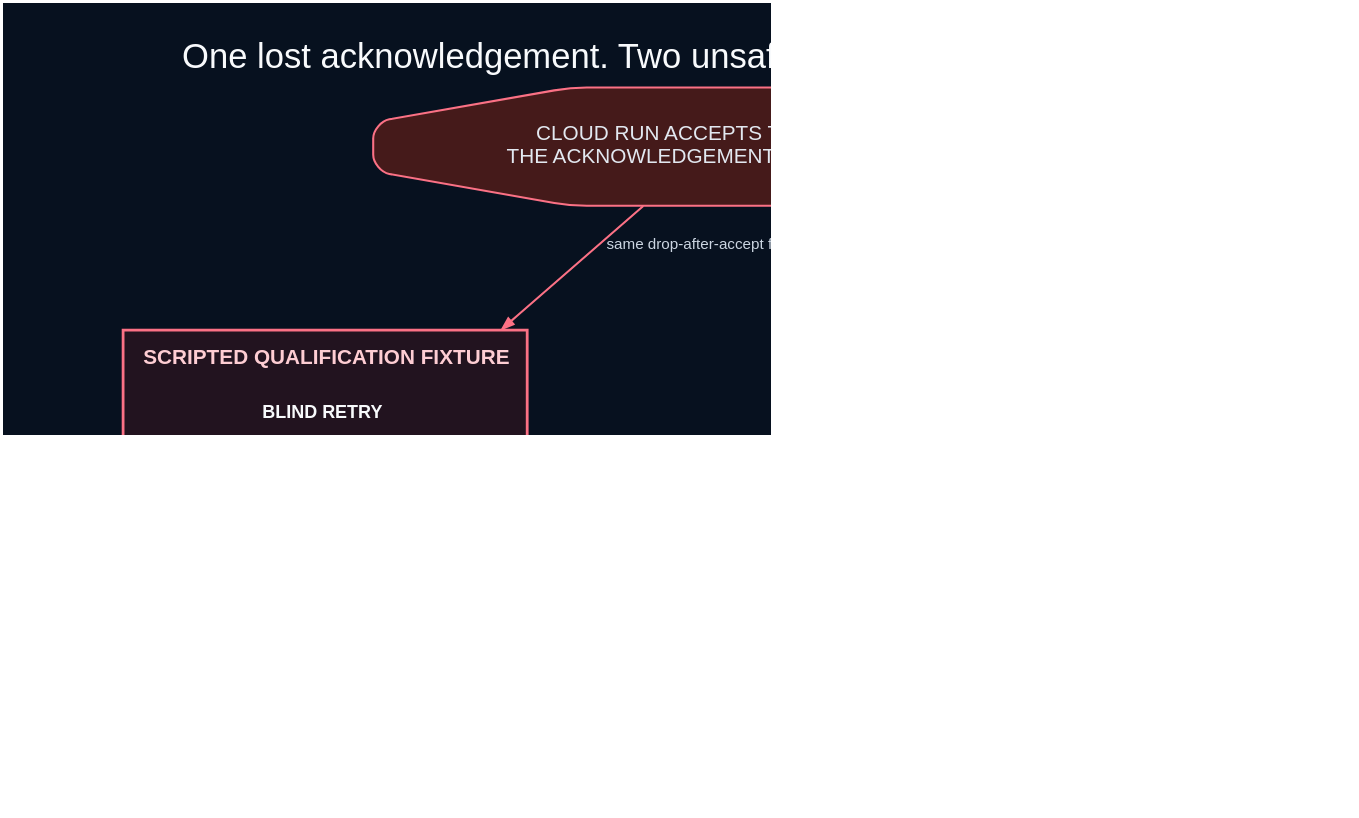
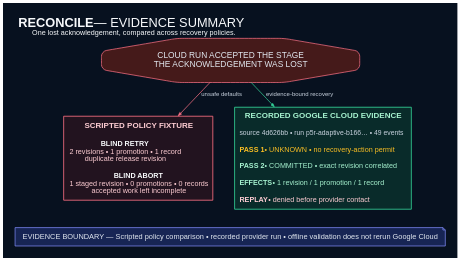
Before and after one commit to OCHOLA-EDDYPHIL/reconcile: the diagram in demo/proof.dot, drawn with Graphviz. The commit also changed 64 other files, not shown here.

```diff
--- a/demo/proof.dot
+++ b/demo/proof.dot
@@ -1,83 +1,77 @@
 digraph ReconcileProof {
   graph [
     bgcolor="#07111f",
-    fontname="Arial",
-    label="One lost acknowledgement. Two unsafe defaults. One proof-bound recovery.",
+    fontname="Liberation Sans",
+    label=<<FONT POINT-SIZE="32"><B>RECONCILE</B> — EVIDENCE SUMMARY</FONT><BR/><FONT POINT-SIZE="18">One lost acknowledgement, compared across recovery policies.</FONT>>,
     labelloc="t",
+    labeljust="l",
     fontcolor="#f8fafc",
-    fontsize=25,
-    pad=0.32,
+    pad=0.42,
     rankdir=TB,
-    ranksep=0.55,
-    nodesep=0.55,
-    splines=polyline,
-    ratio=fill,
-    size="14.72,7.5!",
-    dpi=144
+    ranksep=0.611,
+    nodesep=0.72,
+    splines=polyline
   ];
   node [
     shape=box,
     style="rounded,filled",
-    fontname="Arial",
-    fontsize=13,
+    fontname="Liberation Sans",
+    fontsize=18,
     fontcolor="#e2e8f0",
     color="#475569",
     fillcolor="#111c2e",
-    margin="0.20,0.15",
-    penwidth=1.5
+    margin="0.24,0.18",
+    penwidth=1.8
   ];
   edge [
-    fontname="Arial",
-    fontsize=11,
+    fontname="Liberation Sans",
+    fontsize=15,
     fontcolor="#cbd5e1",
     color="#64748b",
-    arrowsize=0.8,
-    penwidth=1.5
+    arrowsize=0.85,
+    penwidth=1.8
   ];
 
   fault [
-    label="CLOUD RUN ACCEPTS THE STAGE\nTHE ACKNOWLEDGEMENT DISAPPEARS",
+    label="CLOUD RUN ACCEPTED THE STAGE\nTHE ACKNOWLEDGEMENT WAS LOST",
     shape=octagon,
     fillcolor="#451a1a",
     color="#fb7185",
-    fontsize=15
+    fontsize=21
   ];
 
   scripted [
     shape=plain,
-    label=<<TABLE BORDER="2" CELLBORDER="0" CELLSPACING="0" CELLPADDING="12" COLOR="#fb7185" BGCOLOR="#22131f">
-      <TR><TD><FONT COLOR="#fecdd3" POINT-SIZE="15"><B>SCRIPTED QUALIFICATION FIXTURE</B></FONT></TD></TR>
-      <TR><TD><FONT COLOR="#f8fafc"><B>BLIND RETRY</B></FONT></TD></TR>
-      <TR><TD><FONT COLOR="#fecdd3">2 revisions • 1 promotion • 1 Firestore record<BR/>duplicate release-labelled revision</FONT></TD></TR>
-      <TR><TD><FONT COLOR="#f8fafc"><B>BLIND ABORT</B></FONT></TD></TR>
-      <TR><TD><FONT COLOR="#fecdd3">1 staged revision • 0 promotions • 0 records<BR/>accepted work left incomplete</FONT></TD></TR>
+    label=<<TABLE BORDER="2" CELLBORDER="0" CELLSPACING="0" CELLPADDING="13" COLOR="#fb7185" BGCOLOR="#22131f">
+      <TR><TD><FONT COLOR="#fecdd3" POINT-SIZE="20"><B>SCRIPTED POLICY FIXTURE</B></FONT></TD></TR>
+      <TR><TD ALIGN="LEFT"><FONT COLOR="#f8fafc" POINT-SIZE="18"><B>BLIND RETRY</B></FONT><BR/><FONT COLOR="#fecdd3" POINT-SIZE="18">2 revisions • 1 promotion • 1 record<BR/>duplicate release revision</FONT></TD></TR>
+      <TR><TD ALIGN="LEFT"><FONT COLOR="#f8fafc" POINT-SIZE="18"><B>BLIND ABORT</B></FONT><BR/><FONT COLOR="#fecdd3" POINT-SIZE="18">1 staged revision • 0 promotions • 0 records<BR/>accepted work left incomplete</FONT></TD></TR>
     </TABLE>>
   ];
 
   provider [
     shape=plain,
-    label=<<TABLE BORDER="2" CELLBORDER="0" CELLSPACING="0" CELLPADDING="10" COLOR="#34d399" BGCOLOR="#092b2a">
-      <TR><TD><FONT COLOR="#a7f3d0" POINT-SIZE="15"><B>FRESH DIRECT GOOGLE CLOUD PROOF</B></FONT></TD></TR>
-      <TR><TD><FONT COLOR="#cbd5e1">source 4d626bb • run p5r-adaptive-b166… • 49 projected events</FONT></TD></TR>
-      <TR><TD><FONT COLOR="#fbbf24"><B>PASS 1 — UNKNOWN</B><BR/>CONTINUE denied • RETRY denied • 0 recovery-action permits</FONT></TD></TR>
-      <TR><TD><FONT COLOR="#ddd6fe">Gemini hypothesis + allowlisted read-only probes<BR/><B>advisory only</B></FONT></TD></TR>
-      <TR><TD><FONT COLOR="#a7f3d0"><B>PASS 2 — COMMITTED</B><BR/>exact correlated revision • deterministic certificates</FONT></TD></TR>
-      <TR><TD><FONT COLOR="#a7f3d0">exact max_uses=1 permits • 1 revision / 1 promotion / 1 record</FONT></TD></TR>
-      <TR><TD><FONT COLOR="#fecdd3"><B>REPLAY REJECTED BEFORE PROVIDER CONTACT</B></FONT></TD></TR>
+    label=<<TABLE BORDER="2" CELLBORDER="0" CELLSPACING="0" CELLPADDING="11" COLOR="#34d399" BGCOLOR="#092b2a">
+      <TR><TD><FONT COLOR="#a7f3d0" POINT-SIZE="20"><B>RECORDED GOOGLE CLOUD EVIDENCE</B></FONT></TD></TR>
+      <TR><TD ALIGN="LEFT"><FONT COLOR="#cbd5e1" POINT-SIZE="17">source 4d626bb • run p5r-adaptive-b166… • 49 events</FONT></TD></TR>
+      <TR><TD ALIGN="LEFT"><FONT COLOR="#fbbf24" POINT-SIZE="18"><B>PASS 1</B> • UNKNOWN • no recovery-action permit</FONT></TD></TR>
+      <TR><TD ALIGN="LEFT"><FONT COLOR="#a7f3d0" POINT-SIZE="18"><B>PASS 2</B> • COMMITTED • exact revision correlated</FONT></TD></TR>
+      <TR><TD ALIGN="LEFT"><FONT COLOR="#a7f3d0" POINT-SIZE="18"><B>EFFECTS</B> • 1 revision / 1 promotion / 1 record</FONT></TD></TR>
+      <TR><TD ALIGN="LEFT"><FONT COLOR="#fecdd3" POINT-SIZE="18"><B>REPLAY</B> • denied before provider contact</FONT></TD></TR>
     </TABLE>>
   ];
 
   boundary [
-    label="SEPARATE EVIDENCE LAYERS\nThe baseline is a provider-shaped fixture, not a live-cloud A/B.\nThe local command validates an offline fixture; it does not rerun the provider workflow.",
+    label="EVIDENCE BOUNDARY — Scripted policy comparison • recorded provider run • offline validation does not rerun Google Cloud",
     shape=note,
     fillcolor="#172554",
     color="#818cf8",
-    fontsize=12
+    fontsize=18.5
   ];
 
   { rank=same; scripted; provider; }
-  fault -> scripted [label="same drop-after-accept fault", color="#fb7185"];
-  fault -> provider [label="recorded provider trace", color="#34d399"];
+  fault -> scripted [label="unsafe defaults", color="#fb7185"];
+  fault -> provider [label="evidence-bound recovery", color="#34d399"];
   scripted -> boundary [style=invis, weight=4];
   provider -> boundary [style=invis, weight=4];
 }
```
